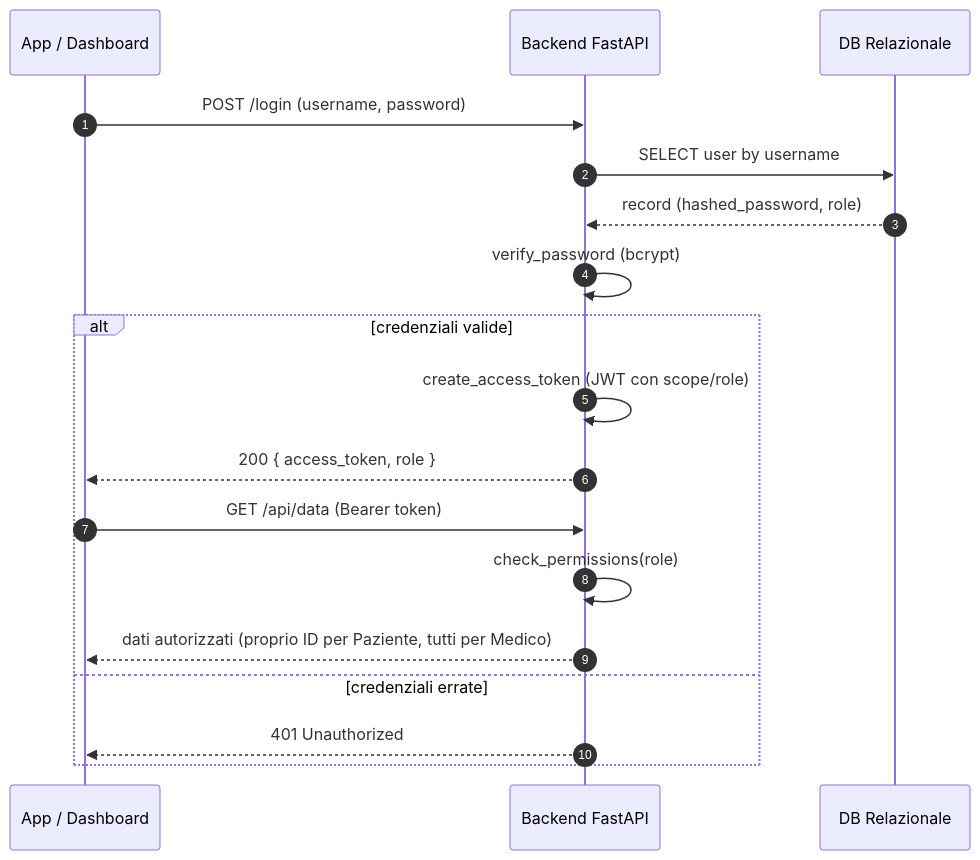
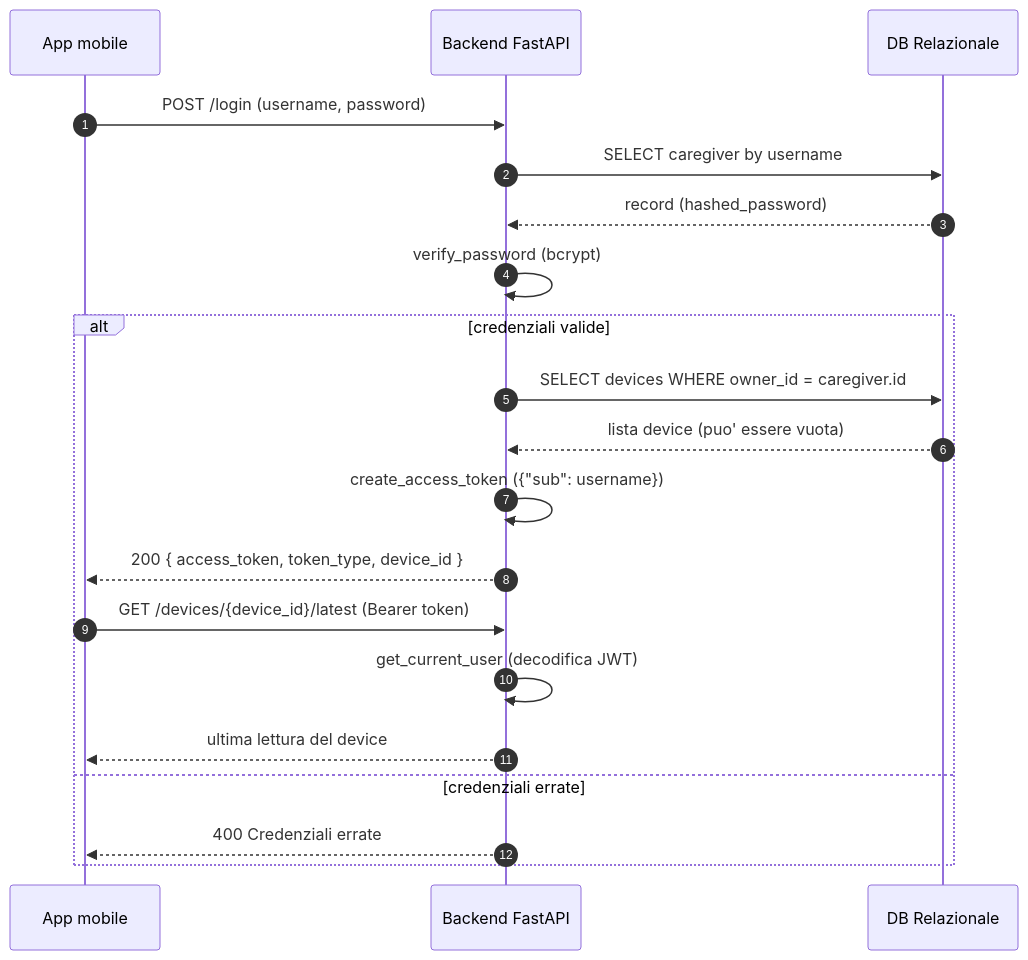
Before and after one commit to acrisci05/Alvea: the second of 3 diagrams in docs/04-sequence.md, drawn with Mermaid. The commit also changed other lines of this file and 7 other files, not shown here.

````diff
--- a/docs/04-sequence.md
+++ b/docs/04-sequence.md
@@ -40,22 +41,24 @@
 ```mermaid
 sequenceDiagram
     autonumber
-    participant Client as App / Dashboard
+    participant Client as App mobile
     participant BE as Backend FastAPI
     participant SQ as DB Relazionale
 
     Client->>BE: POST /login (username, password)
-    BE->>SQ: SELECT user by username
-    SQ-->>BE: record (hashed_password, role)
+    BE->>SQ: SELECT caregiver by username
+    SQ-->>BE: record (hashed_password)
     BE->>BE: verify_password (bcrypt)
     
     alt credenziali valide
-        BE->>BE: create_access_token (JWT con scope/role)
-        BE-->>Client: 200 { access_token, role }
-        Client->>BE: GET /api/data (Bearer token)
-        BE->>BE: check_permissions(role)
-        BE-->>Client: dati autorizzati (proprio ID per Paziente, tutti per Medico)
+        BE->>SQ: SELECT devices WHERE owner_id = caregiver.id
+        SQ-->>BE: lista device (puo' essere vuota)
+        BE->>BE: create_access_token ({"sub": username})
+        BE-->>Client: 200 { access_token, token_type, device_id }
+        Client->>BE: GET /devices/{device_id}/latest (Bearer token)
+        BE->>BE: get_current_user (decodifica JWT)
+        BE-->>Client: ultima lettura del device
     else credenziali errate
-        BE-->>Client: 401 Unauthorized
+        BE-->>Client: 400 Credenziali errate
     end
 ```
````
